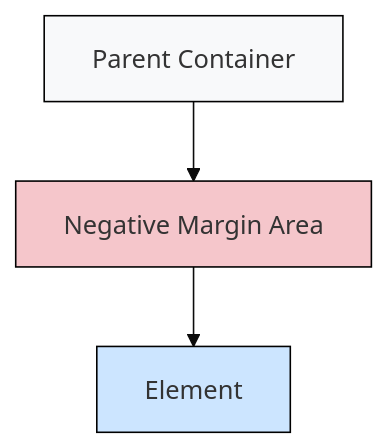
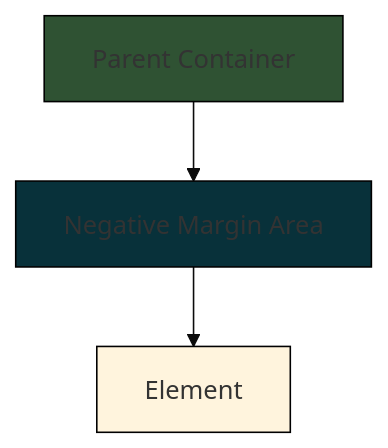
The fifth of 8 diagrams in README.md (kumawatpreetam/Notes), drawn with Mermaid (base theme) before and after one commit. The commit also changed other lines of this file, not shown here.

````diff
--- a/README.md
+++ b/README.md
@@ -427,12 +391,12 @@
 ```mermaid
 flowchart TB
-    style A fill:#f8f9fa,stroke:#000,stroke-width:1px
-    style B fill:#f5c6cb,stroke:#000,stroke-width:1px
-    style C fill:#cce5ff,stroke:#000,stroke-width:1px
+    style A fill:#2F5233,stroke:#000,stroke-width:1px
+    style B fill:#08313A,stroke:#000,stroke-width:1px
+    style C fill:##2C5E1A,stroke:#000,stroke-width:1px
 
     A[Parent Container]
     B[Negative Margin Area]
     C[Element]
 
     A --> B --> C
 ```
````
